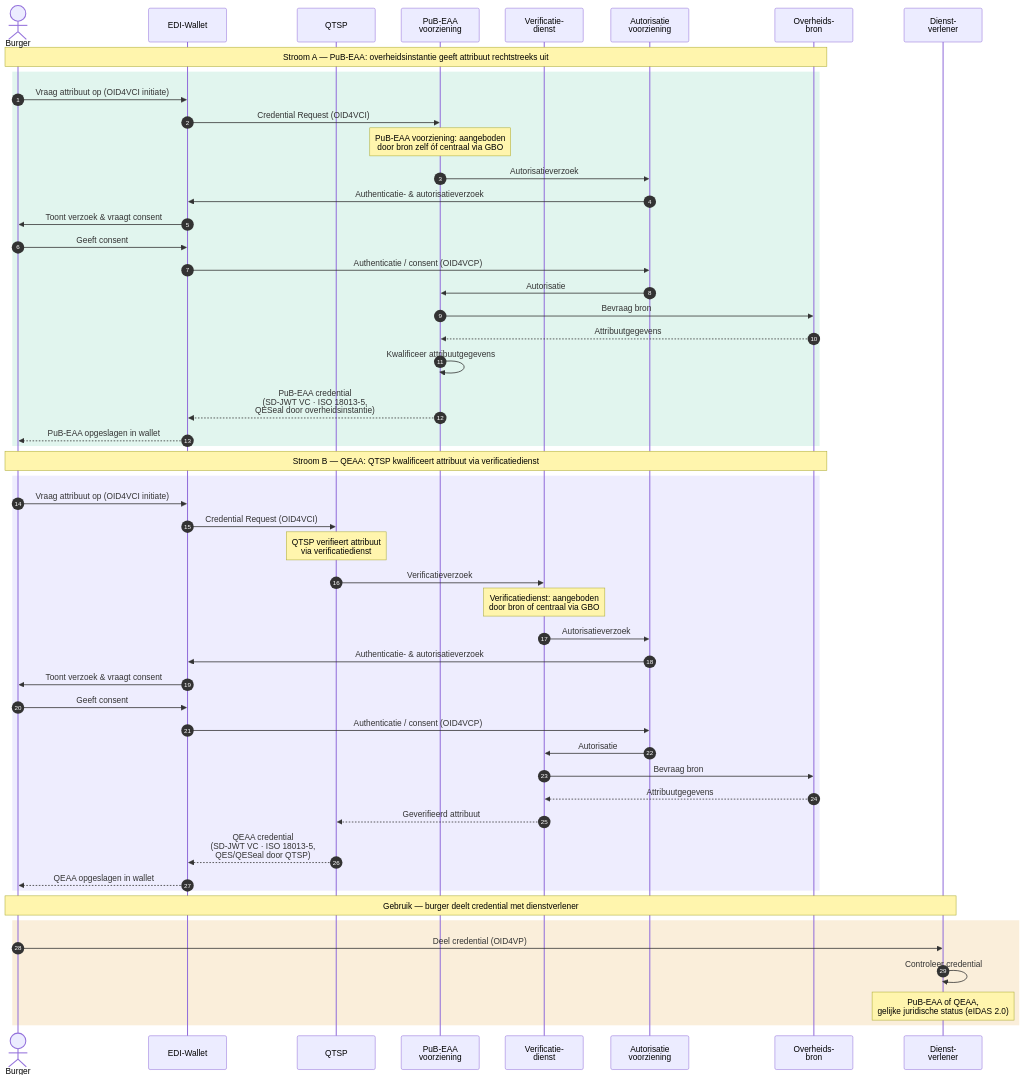
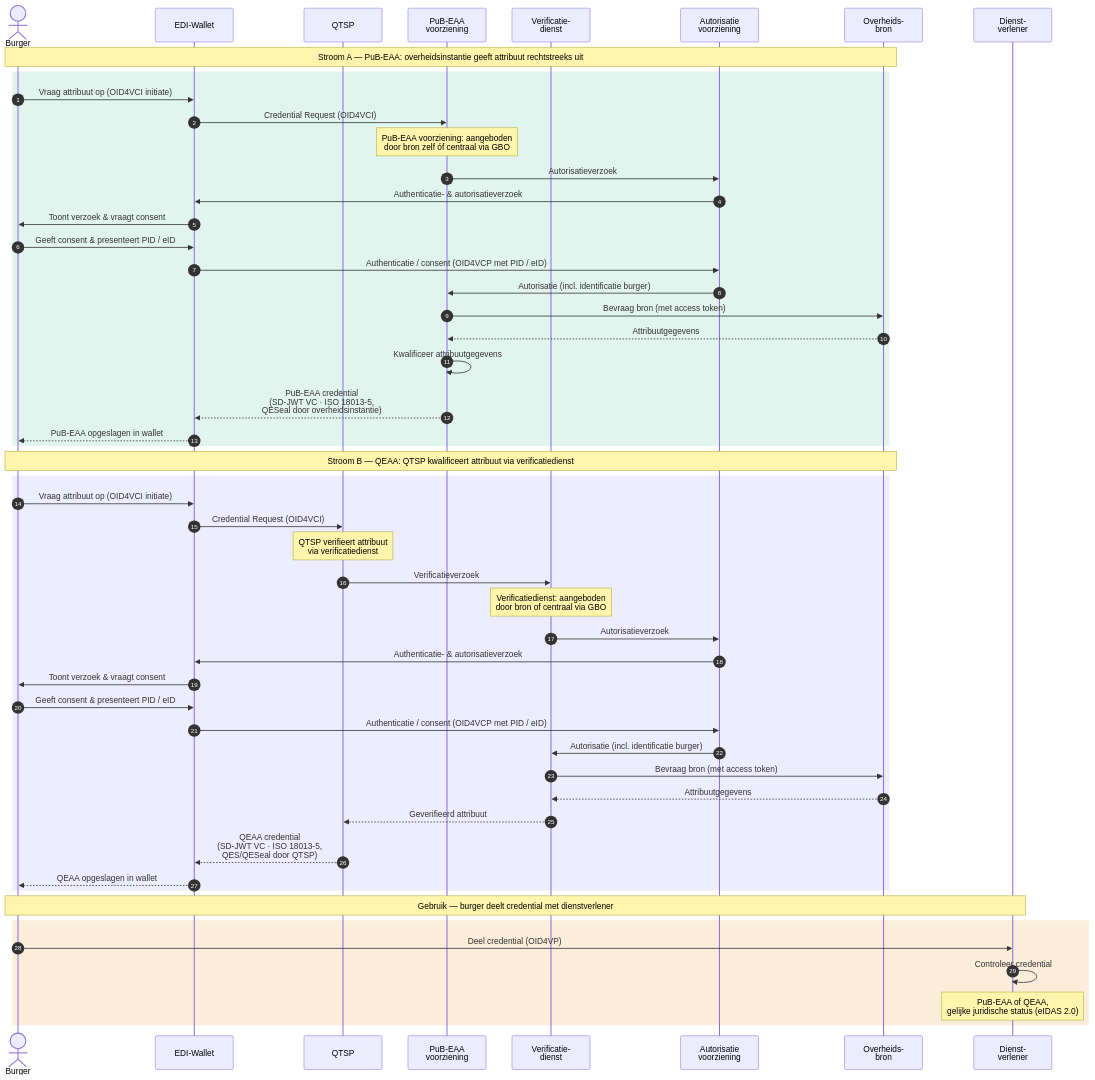
Before and after one commit to ICTU/GBO: the diagram in docs/diagrammen/interactiepatroon-EDI-Wallet.mmd, drawn with Mermaid.

````diff
--- a/docs/diagrammen/interactiepatroon-EDI-Wallet.mmd
+++ b/docs/diagrammen/interactiepatroon-EDI-Wallet.mmd
@@ -1,62 +1,62 @@
 ``` mermaid
 
 sequenceDiagram
     autonumber
     actor Burger
     participant Wallet as EDI-Wallet
     participant QTSP as QTSP
     participant PubEAA as PuB-EAA<br/>voorziening
     participant VerifDienst as Verificatie-<br/>dienst
     participant Auth as Autorisatie<br/>voorziening
     participant Bron as Overheids-<br/>bron
     participant DV as Dienst-<br/>verlener
 
     Note over Burger,Bron: Stroom A — PuB-EAA: overheidsinstantie geeft attribuut rechtstreeks uit
 
     rect rgb(225, 245, 238)
         Burger->>Wallet: Vraag attribuut op (OID4VCI initiate)
         Wallet->>PubEAA: Credential Request (OID4VCI)
         Note over PubEAA: PuB-EAA voorziening: aangeboden<br/>door bron zelf óf centraal via GBO
         PubEAA->>Auth: Autorisatieverzoek
         Auth->>Wallet: Authenticatie- & autorisatieverzoek
         Wallet->>Burger: Toont verzoek & vraagt consent
-        Burger->>Wallet: Geeft consent
-        Wallet->>Auth: Authenticatie / consent (OID4VCP)
-        Auth->>PubEAA: Autorisatie
-        PubEAA->>Bron: Bevraag bron
+        Burger->>Wallet: Geeft consent & presenteert PID / eID
+        Wallet->>Auth: Authenticatie / consent (OID4VCP met PID / eID)
+        Auth->>PubEAA: Autorisatie (incl. identificatie burger)
+        PubEAA->>Bron: Bevraag bron (met access token)
         Bron-->>PubEAA: Attribuutgegevens
         PubEAA->>PubEAA: Kwalificeer attribuutgegevens
         PubEAA-->>Wallet: PuB-EAA credential<br/>(SD-JWT VC · ISO 18013-5,<br/>QESeal door overheidsinstantie)
         Wallet-->>Burger: PuB-EAA opgeslagen in wallet
     end
 
     Note over Burger,Bron: Stroom B — QEAA: QTSP kwalificeert attribuut via verificatiedienst
 
     rect rgb(238, 237, 254)
         Burger->>Wallet: Vraag attribuut op (OID4VCI initiate)
         Wallet->>QTSP: Credential Request (OID4VCI)
         Note over QTSP: QTSP verifieert attribuut<br/>via verificatiedienst
         QTSP->>VerifDienst: Verificatieverzoek
         Note over VerifDienst: Verificatiedienst: aangeboden<br/>door bron of centraal via GBO
         VerifDienst->>Auth: Autorisatieverzoek
         Auth->>Wallet: Authenticatie- & autorisatieverzoek
         Wallet->>Burger: Toont verzoek & vraagt consent
-        Burger->>Wallet: Geeft consent
-        Wallet->>Auth: Authenticatie / consent (OID4VCP)
-        Auth->>VerifDienst: Autorisatie
-        VerifDienst->>Bron: Bevraag bron
+        Burger->>Wallet: Geeft consent & presenteert PID / eID
+        Wallet->>Auth: Authenticatie / consent (OID4VCP met PID / eID)
+        Auth->>VerifDienst: Autorisatie (incl. identificatie burger)
+        VerifDienst->>Bron: Bevraag bron (met access token)
         Bron-->>VerifDienst: Attribuutgegevens
         VerifDienst-->>QTSP: Geverifieerd attribuut
         QTSP-->>Wallet: QEAA credential<br/>(SD-JWT VC · ISO 18013-5,<br/>QES/QESeal door QTSP)
         Wallet-->>Burger: QEAA opgeslagen in wallet
     end
 
     Note over Burger,DV: Gebruik — burger deelt credential met dienstverlener
 
     rect rgb(250, 238, 218)
         Burger->>DV: Deel credential (OID4VP)
         DV->>DV: Controleer credential
         Note over DV: PuB-EAA of QEAA,<br/>gelijke juridische status (eIDAS 2.0)
     end
 
 ```
````
